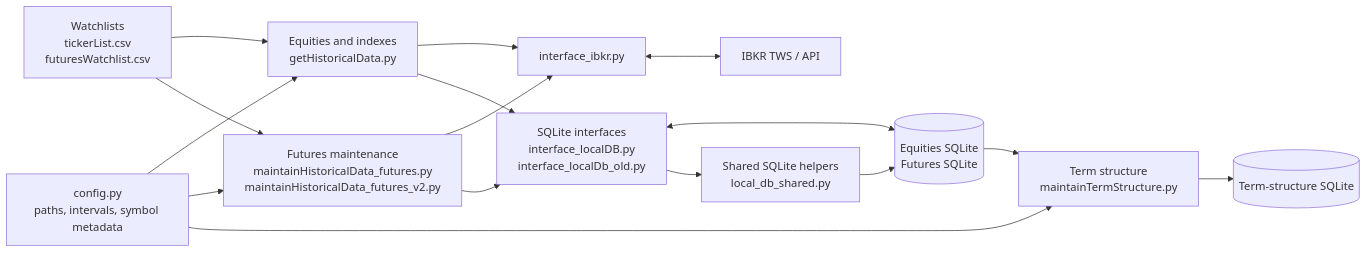
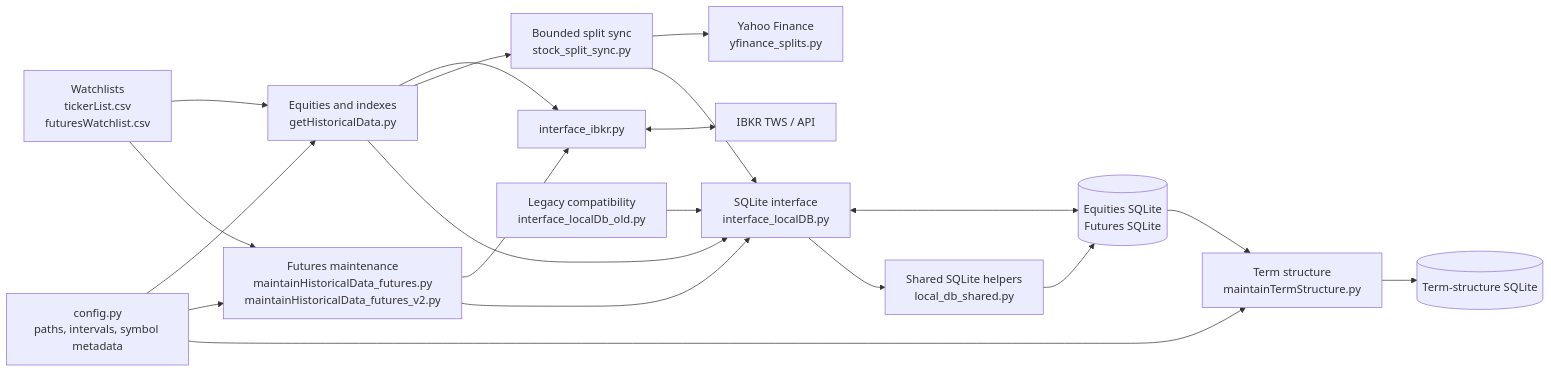
Before and after one commit to doomed51/saveHistoricalData: the first of 2 diagrams in docs/architecture.md, drawn with Mermaid. The commit also changed other lines of this file, not shown here.

Commit message:
split management

````diff
--- a/docs/architecture.md
+++ b/docs/architecture.md
@@ -7,20 +7,25 @@
 ```mermaid
 flowchart LR
     W["Watchlists<br/>tickerList.csv<br/>futuresWatchlist.csv"] --> E["Equities and indexes<br/>getHistoricalData.py"]
     W --> F["Futures maintenance<br/>maintainHistoricalData_futures.py<br/>maintainHistoricalData_futures_v2.py"]
     C["config.py<br/>paths, intervals, symbol metadata"] --> E
     C --> F
     C --> T["Term structure<br/>maintainTermStructure.py"]
 
     E --> I["interface_ibkr.py"]
     F --> I
     I <--> B["IBKR TWS / API"]
 
-    E --> D["SQLite interfaces<br/>interface_localDB.py<br/>interface_localDb_old.py"]
+    E --> Y["Bounded split sync<br/>stock_split_sync.py"]
+    Y --> Z["Yahoo Finance<br/>yfinance_splits.py"]
+    Y --> D
+
+    E --> D["SQLite interface<br/>interface_localDB.py"]
     F --> D
+    L["Legacy compatibility<br/>interface_localDb_old.py"] --> D
     D <--> S[("Equities SQLite<br/>Futures SQLite")]
     D --> H["Shared SQLite helpers<br/>local_db_shared.py"]
     H --> S
     S --> T
     T --> TS[("Term-structure SQLite")]
 ```
````
